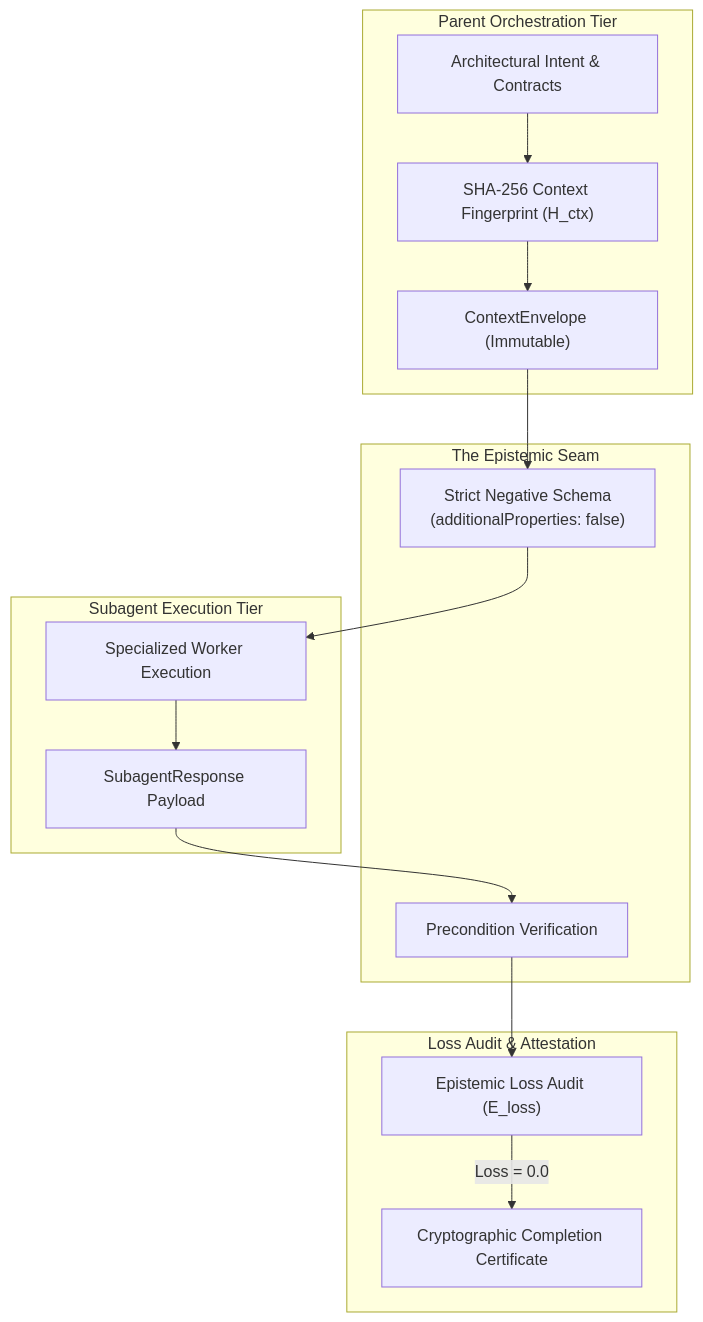
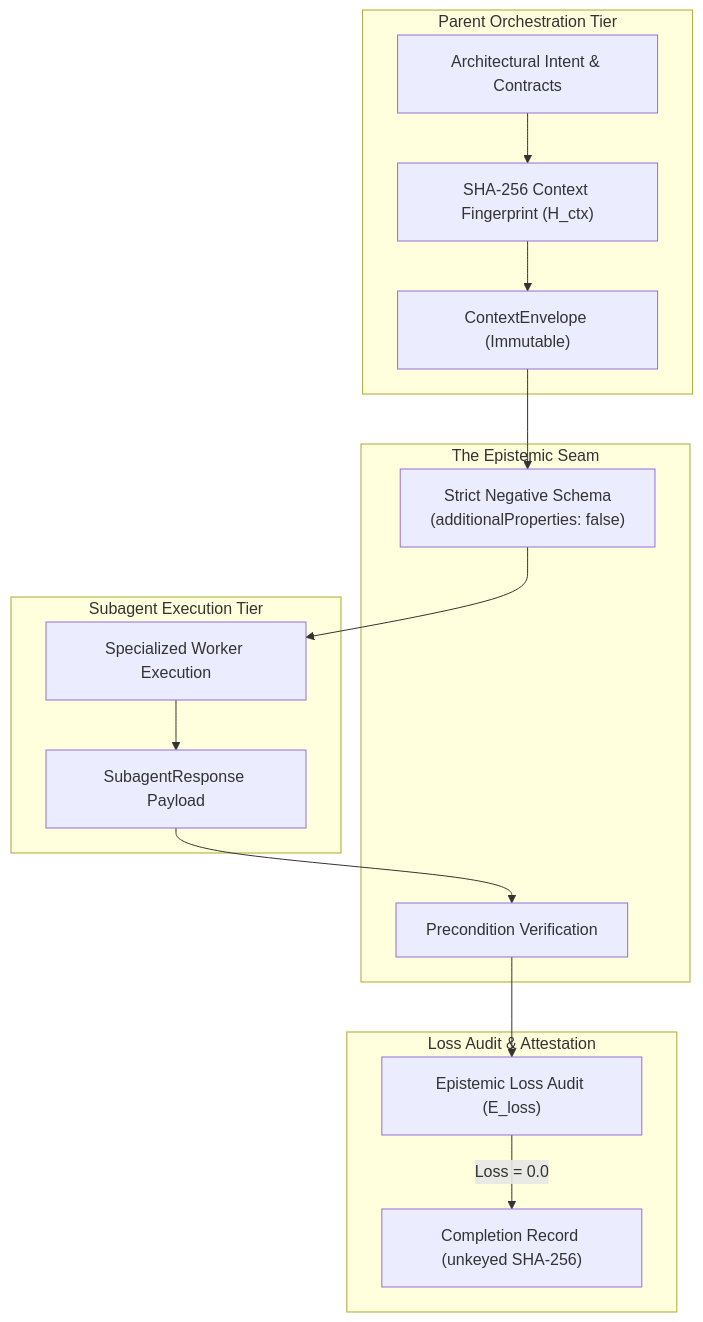
The diagram in observations/systems/33-typed-epistemic-seams-and-lossless-subagent-handshakes.md (dan-petty/vibes), drawn with Mermaid before and after one commit. The commit also changed other lines of this file and 248 other files, not shown here.

````diff
--- a/observations/systems/33-typed-epistemic-seams-and-lossless-subagent-handshakes.md
+++ b/observations/systems/33-typed-epistemic-seams-and-lossless-subagent-handshakes.md
@@ -43,29 +43,29 @@
 ```mermaid
 flowchart TD
     subgraph ParentScope ["Parent Orchestration Tier"]
         Intent["Architectural Intent & Contracts"]
         Hasher["SHA-256 Context Fingerprint (H_ctx)"]
         Envelope["ContextEnvelope (Immutable)"]
     end
 
     subgraph Seam ["The Epistemic Seam"]
         NegSchema["Strict Negative Schema<br/>(additionalProperties: false)"]
         PrecondCheck["Precondition Verification"]
     end
 
     subgraph SubagentScope ["Subagent Execution Tier"]
         Worker["Specialized Worker Execution"]
         Response["SubagentResponse Payload"]
     end
 
     subgraph Evaluation ["Loss Audit & Attestation"]
         LossCalc["Epistemic Loss Audit (E_loss)"]
-        Cert["Cryptographic Completion Certificate"]
+        Cert["Completion Record (unkeyed SHA-256)"]
     end
 
     Intent --> Hasher --> Envelope
     Envelope --> NegSchema --> Worker
     Worker --> Response
     Response --> PrecondCheck --> LossCalc
     LossCalc -->|"Loss = 0.0"| Cert
 ```
````
